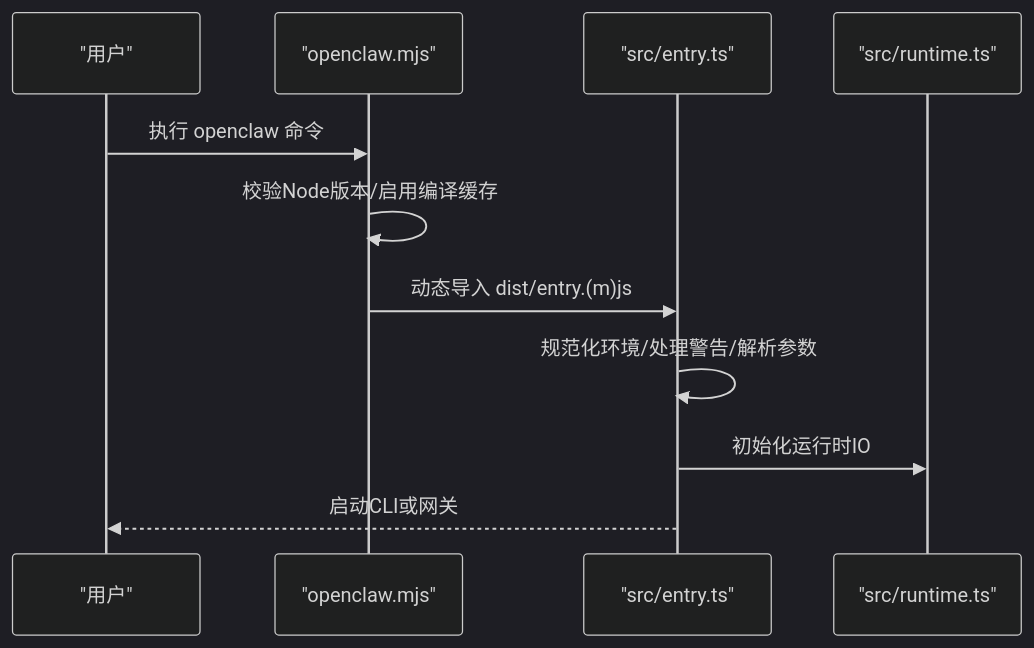
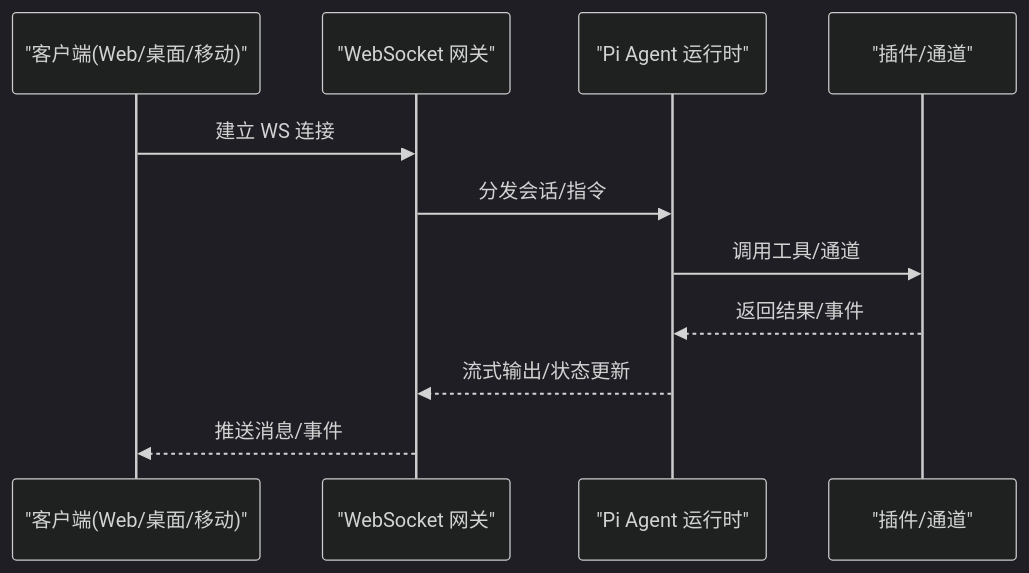
One commit to botx-work/OpenClaw-Internals changed the third of 7 diagrams in repowiki/zh/content/项目概述/技术栈.md. Above: the diagram before and after it, drawn with Mermaid (dark theme). The commit also changed other lines of this file and 542 other files, not shown here.

````diff
--- a/repowiki/zh/content/项目概述/技术栈.md
+++ b/repowiki/zh/content/项目概述/技术栈.md
@@ -165,13 +189,13 @@
 ```mermaid
 sequenceDiagram
-participant U as "用户"
-participant WR as "openclaw.mjs"
-participant EN as "src/entry.ts"
-participant RT as "src/runtime.ts"
-U->>WR : 执行 openclaw 命令
-WR->>WR : 校验Node版本/启用编译缓存
-WR->>EN : 动态导入 dist/entry.(m)js
-EN->>EN : 规范化环境/处理警告/解析参数
-EN->>RT : 初始化运行时IO
-EN-->>U : 启动CLI或网关
+participant Client as "客户端(Web/桌面/移动)"
+participant WS as "WebSocket 网关"
+participant PI as "Pi Agent 运行时"
+participant Plugins as "插件/通道"
+Client->>WS : 建立 WS 连接
+WS->>PI : 分发会话/指令
+PI->>Plugins : 调用工具/通道
+Plugins-->>PI : 返回结果/事件
+PI-->>WS : 流式输出/状态更新
+WS-->>Client : 推送消息/事件
 ```
````
